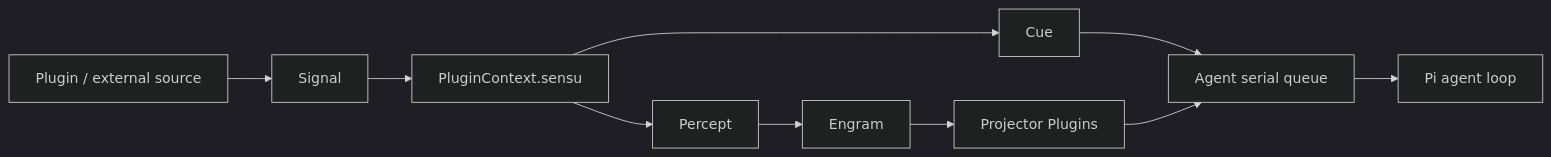
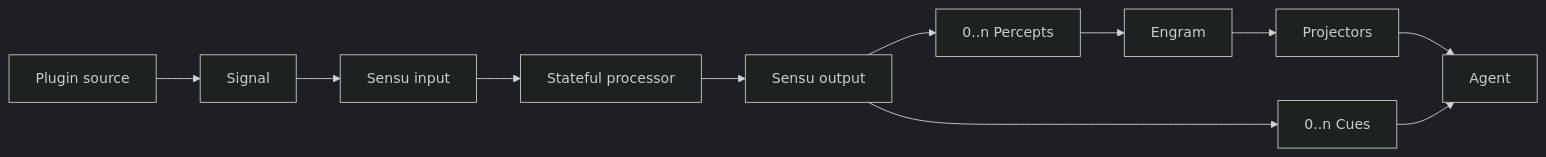
The diagram in packages/corex/README.md (YanChenBai/ciel), drawn with Mermaid (dark theme) before and after one commit. The commit also changed other lines of this file and 54 other files, not shown here.

First line of the commit message:
refactor(corex): rebuild plugin and sensu runtime

````diff
--- a/packages/corex/README.md
+++ b/packages/corex/README.md
@@ -8,12 +101,13 @@
 ```mermaid
 flowchart LR
-  source[Plugin / external source] --> signal[Signal]
-  signal --> sensu[PluginContext.sensu]
-  sensu --> percept[Percept]
-  percept --> engram[Engram]
-  sensu --> cue[Cue]
-  cue --> queue[Agent serial queue]
-  engram --> projector[Projector Plugins]
-  projector --> queue
-  queue --> agent[Pi agent loop]
+  Source[Plugin source] --> Signal
+  Signal --> Input[Sensu input]
+  Input --> Processor[Stateful processor]
+  Processor --> Output[Sensu output]
+  Output --> Percepts[0..n Percepts]
+  Output --> Cues[0..n Cues]
+  Percepts --> Engram
+  Engram --> Projectors
+  Projectors --> Agent
+  Cues --> Agent
 ```
````
